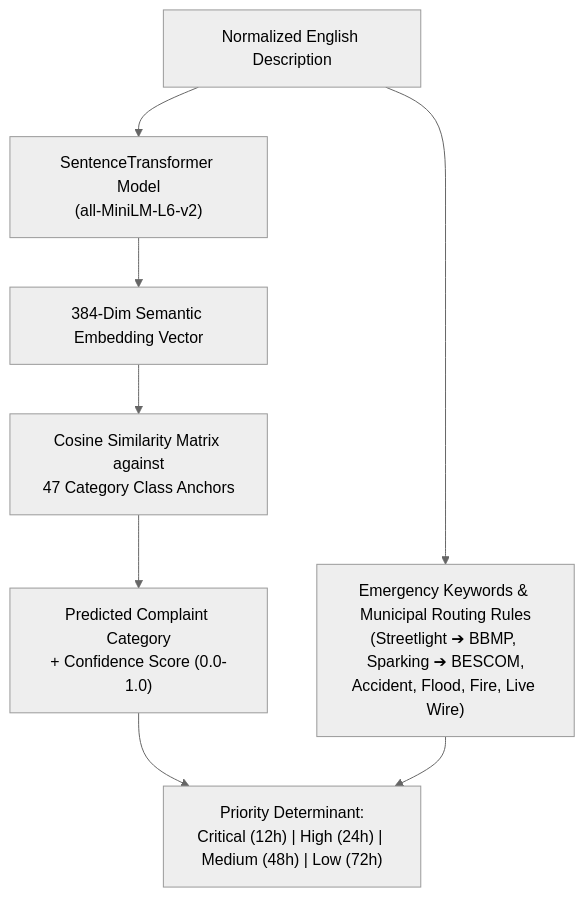
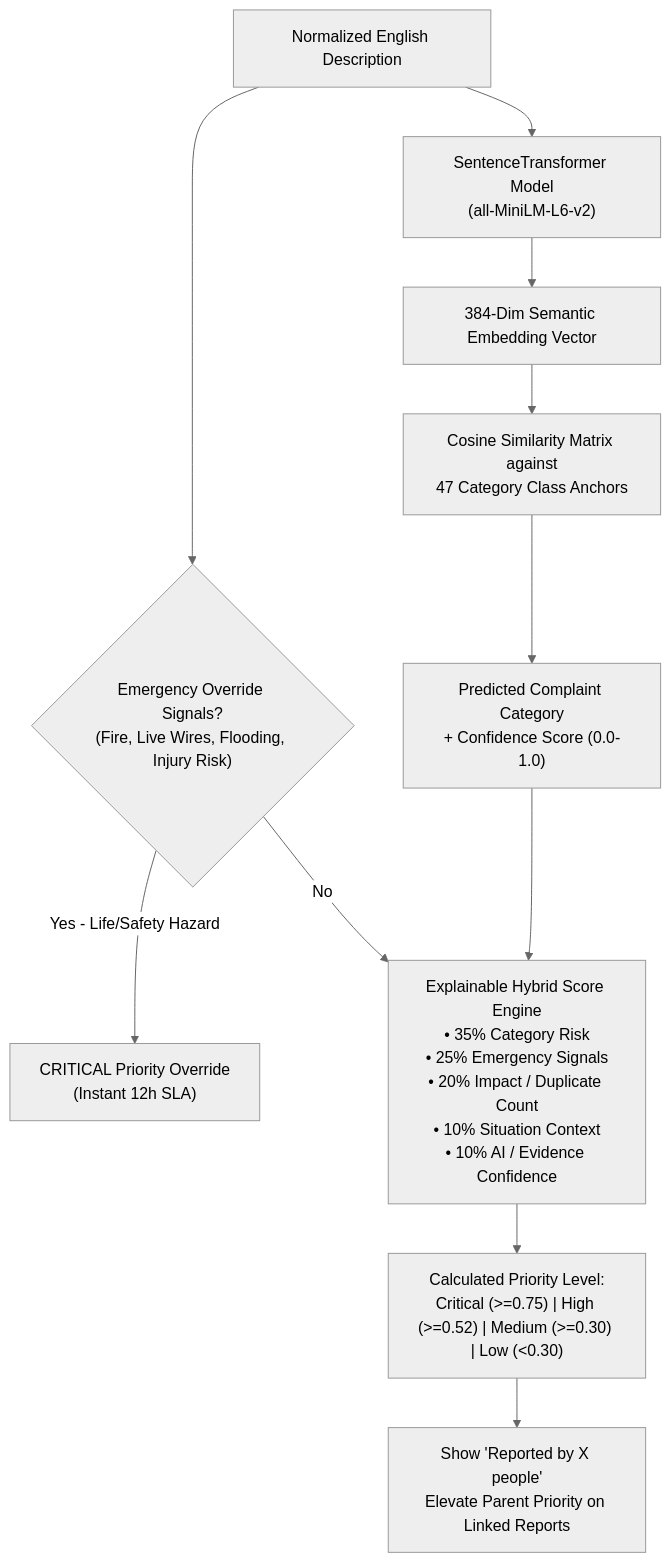
One commit to SHRUTISINHA250714/civic changed the eighth of 18 diagrams in phases.md. Above: the diagram before and after it, drawn with Mermaid (neutral theme). The commit also changed other lines of this file and 8 other files, not shown here.

````diff
--- a/phases.md
+++ b/phases.md
@@ -226,11 +232,15 @@
 ```mermaid
 flowchart TD
     Text["Normalized English Description"] --> ST["SentenceTransformer Model\n(all-MiniLM-L6-v2)"]
     ST --> Embed["384-Dim Semantic Embedding Vector"]
     Embed --> Sim["Cosine Similarity Matrix against\n47 Category Class Anchors"]
     Sim --> TopClass["Predicted Complaint Category\n+ Confidence Score (0.0-1.0)"]
     
-    Text --> Rules["Emergency Keywords & Municipal Routing Rules\n(Streetlight ➔ BBMP, Sparking ➔ BESCOM,\nAccident, Flood, Fire, Live Wire)"]
-    TopClass --> Priority["Priority Determinant:\nCritical (12h) | High (24h) | Medium (48h) | Low (72h)"]
-    Rules --> Priority
+    Text --> EmCheck{"Emergency Override Signals?\n(Fire, Live Wires, Flooding, Injury Risk)"}
+    EmCheck -->|Yes - Life/Safety Hazard| EmCrit["CRITICAL Priority Override\n(Instant 12h SLA)"]
+    
+    EmCheck -->|No| Hybrid["Explainable Hybrid Score Engine\n• 35% Category Risk\n• 25% Emergency Signals\n• 20% Impact / Duplicate Count\n• 10% Situation Context\n• 10% AI / Evidence Confidence"]
+    TopClass --> Hybrid
+    Hybrid --> Priority["Calculated Priority Level:\nCritical (>=0.75) | High (>=0.52) | Medium (>=0.30) | Low (<0.30)"]
+    Priority --> Display["Show 'Reported by X people'\nElevate Parent Priority on Linked Reports"]
 ```
````
